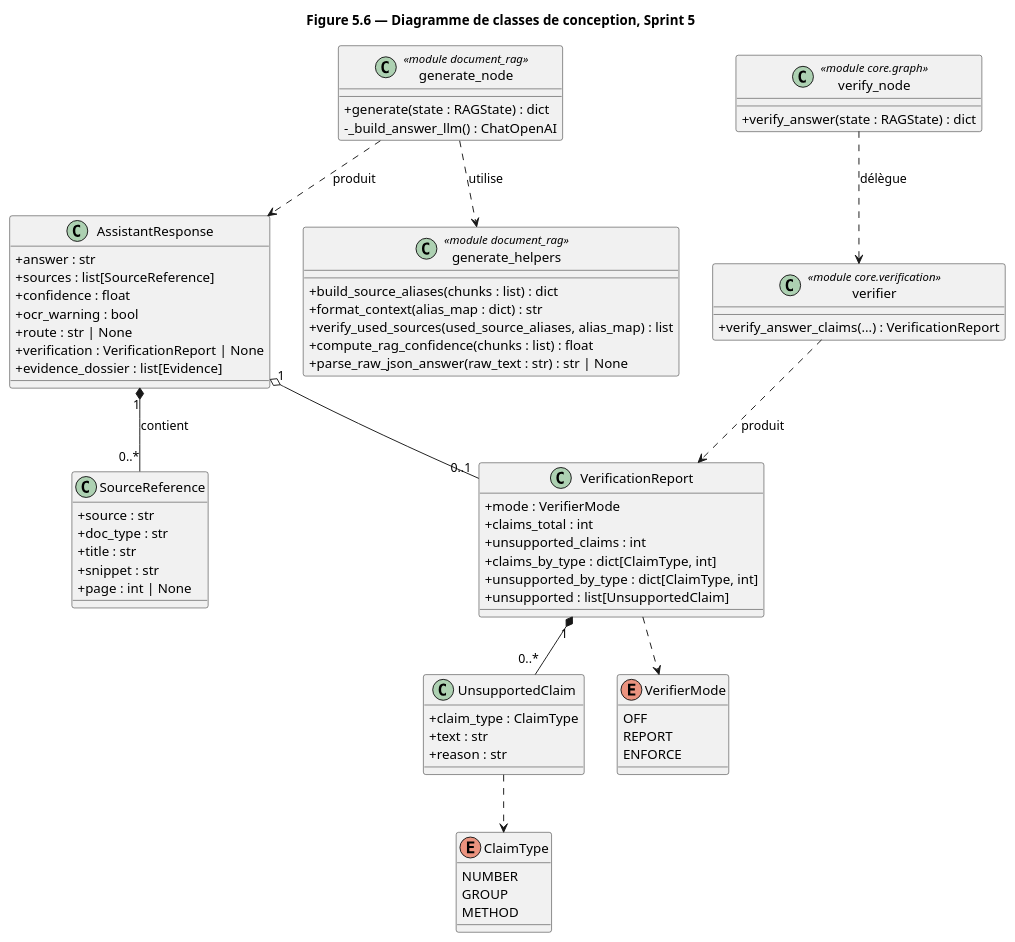
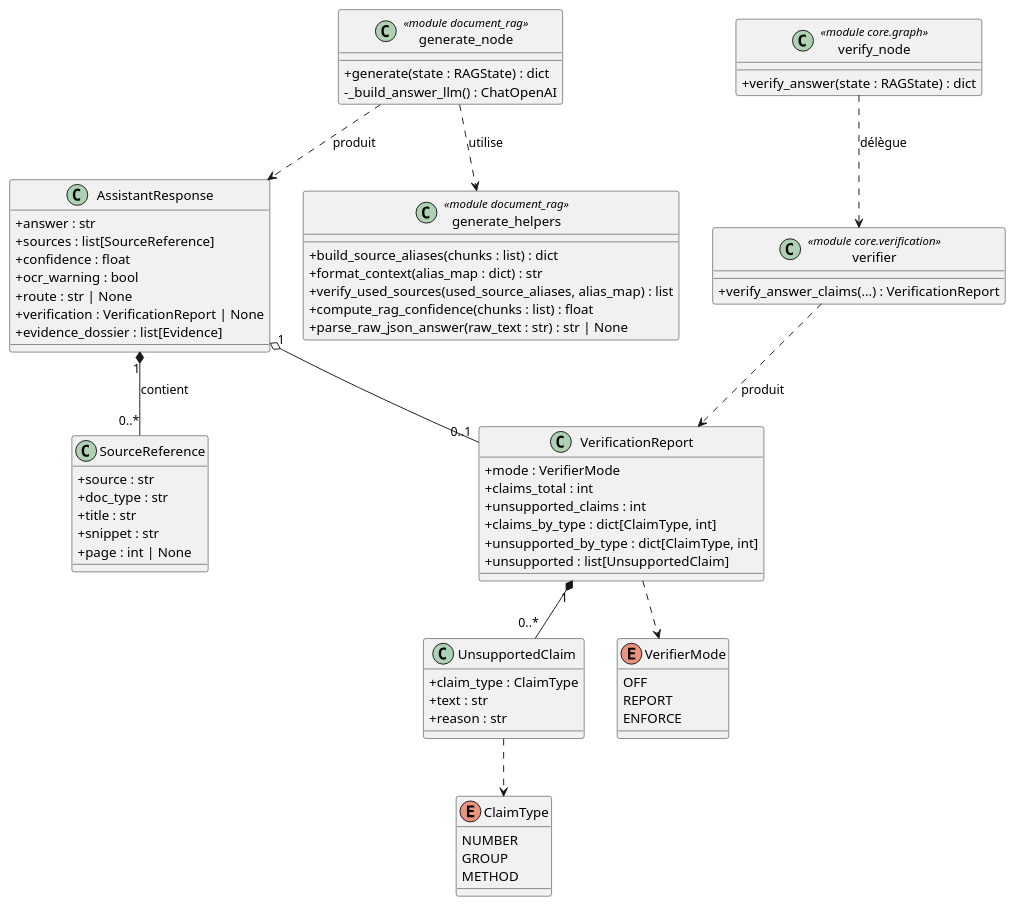
Before and after one commit to katsuki2000/odoo-ia-prototype: the diagram in todo/diagrammes/5_6_classes_sprint5.puml, drawn with PlantUML. The commit also changed 30 other files, not shown here.

```diff
--- a/todo/diagrammes/5_6_classes_sprint5.puml
+++ b/todo/diagrammes/5_6_classes_sprint5.puml
@@ -1,80 +1,79 @@
 @startuml 5_6_classes_sprint5
-title Figure 5.6 — Diagramme de classes de conception, Sprint 5
 skinparam classAttributeIconSize 0
 
 class "generate_node" as GenerateNode <<module document_rag>> {
   +generate(state : RAGState) : dict
   -_build_answer_llm() : ChatOpenAI
 }
 
 class "generate_helpers" as GenerateHelpers <<module document_rag>> {
   +build_source_aliases(chunks : list) : dict
   +format_context(alias_map : dict) : str
   +verify_used_sources(used_source_aliases, alias_map) : list
   +compute_rag_confidence(chunks : list) : float
   +parse_raw_json_answer(raw_text : str) : str | None
 }
 
 class "verify_node" as VerifyNode <<module core.graph>> {
   +verify_answer(state : RAGState) : dict
 }
 
 class "verifier" as Verifier <<module core.verification>> {
   +verify_answer_claims(...) : VerificationReport
 }
 
 class VerificationReport {
   +mode : VerifierMode
   +claims_total : int
   +unsupported_claims : int
   +claims_by_type : dict[ClaimType, int]
   +unsupported_by_type : dict[ClaimType, int]
   +unsupported : list[UnsupportedClaim]
 }
 
 class UnsupportedClaim {
   +claim_type : ClaimType
   +text : str
   +reason : str
 }
 
 enum ClaimType {
   NUMBER
   GROUP
   METHOD
 }
 
 enum VerifierMode {
   OFF
   REPORT
   ENFORCE
 }
 
 class AssistantResponse {
   +answer : str
   +sources : list[SourceReference]
   +confidence : float
   +ocr_warning : bool
   +route : str | None
   +verification : VerificationReport | None
   +evidence_dossier : list[Evidence]
 }
 
 class SourceReference {
   +source : str
   +doc_type : str
   +title : str
   +snippet : str
   +page : int | None
 }
 
 GenerateNode ..> GenerateHelpers : utilise
 GenerateNode ..> AssistantResponse : produit
 VerifyNode ..> Verifier : délègue
 Verifier ..> VerificationReport : produit
 VerificationReport "1" *-- "0..*" UnsupportedClaim
 UnsupportedClaim ..> ClaimType
 VerificationReport ..> VerifierMode
 AssistantResponse "1" *-- "0..*" SourceReference : contient
 AssistantResponse "1" o-- "0..1" VerificationReport
 @enduml
```
